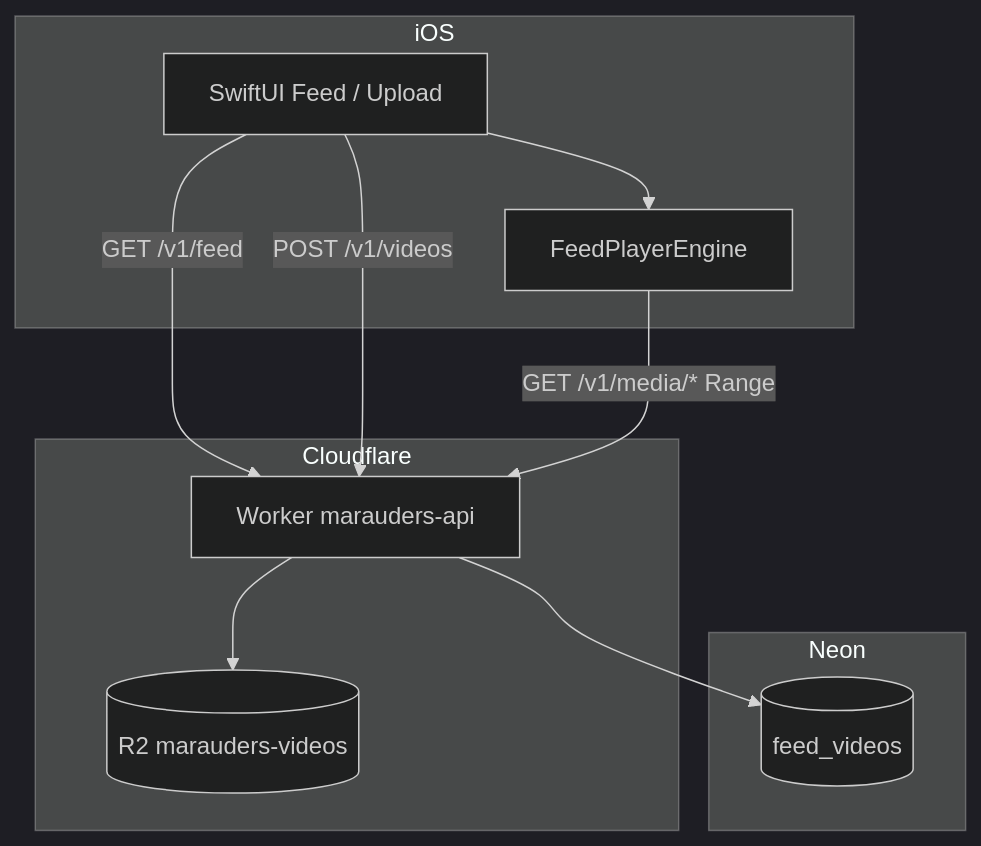
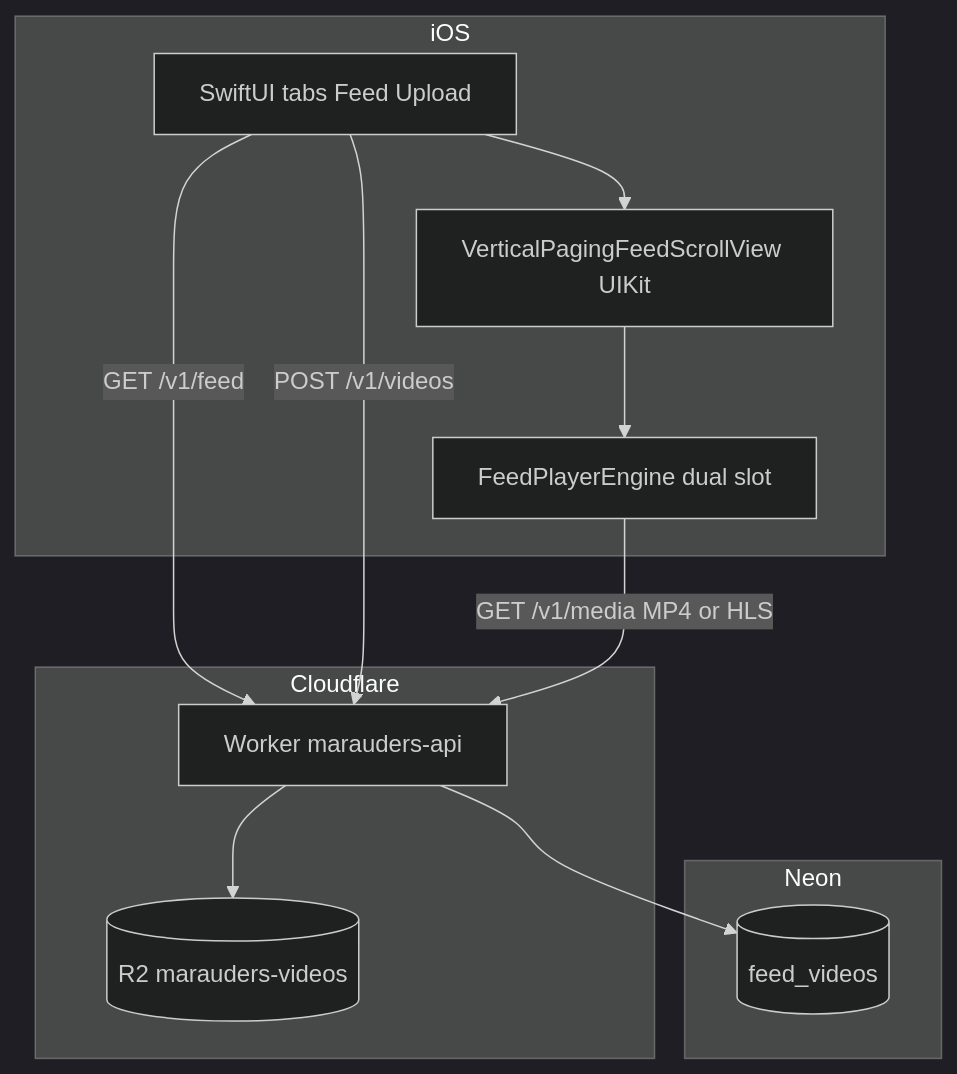
One commit to SomsakGitHub/Marauders changed the first of 2 diagrams in ARCHITECTURE.md. Above: the diagram before and after it, drawn with Mermaid (dark theme). The commit also changed other lines of this file and 4 other files, not shown here.

First line of the commit message:
Document dual-player feed design and add ADR-001.

````diff
--- a/ARCHITECTURE.md
+++ b/ARCHITECTURE.md
@@ -7,23 +9,25 @@
 ```mermaid
 flowchart TB
   subgraph ios [iOS]
-    UI[SwiftUI Feed / Upload]
-    Engine[FeedPlayerEngine]
-    UI --> Engine
+    UI[SwiftUI tabs Feed Upload]
+    Paging[VerticalPagingFeedScrollView UIKit]
+    Engine[FeedPlayerEngine dual slot]
+    UI --> Paging
+    Paging --> Engine
   end
 
   subgraph cf [Cloudflare]
     API[Worker marauders-api]
     R2[(R2 marauders-videos)]
   end
 
   subgraph neon [Neon]
     DB[(feed_videos)]
   end
 
   UI -->|GET /v1/feed| API
   UI -->|POST /v1/videos| API
-  Engine -->|GET /v1/media/* Range| API
+  Engine -->|GET /v1/media MP4 or HLS| API
   API --> DB
   API --> R2
 ```
````
